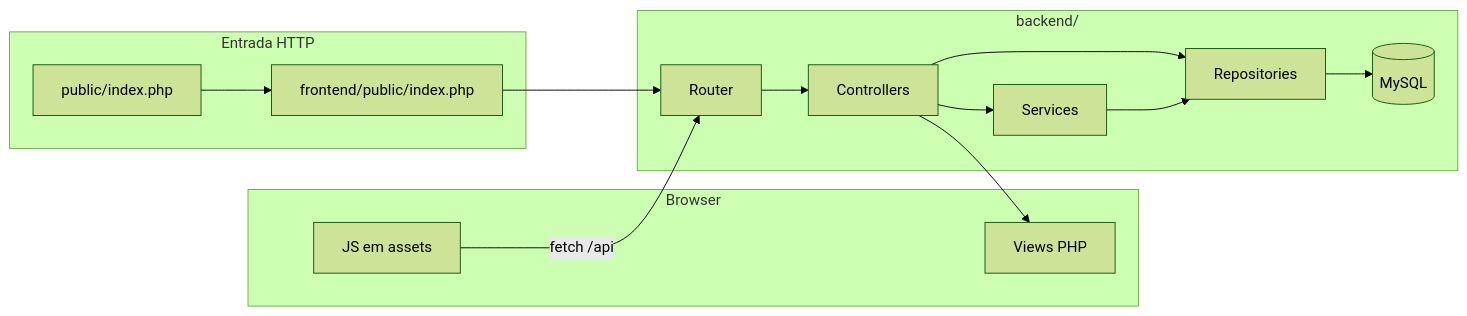
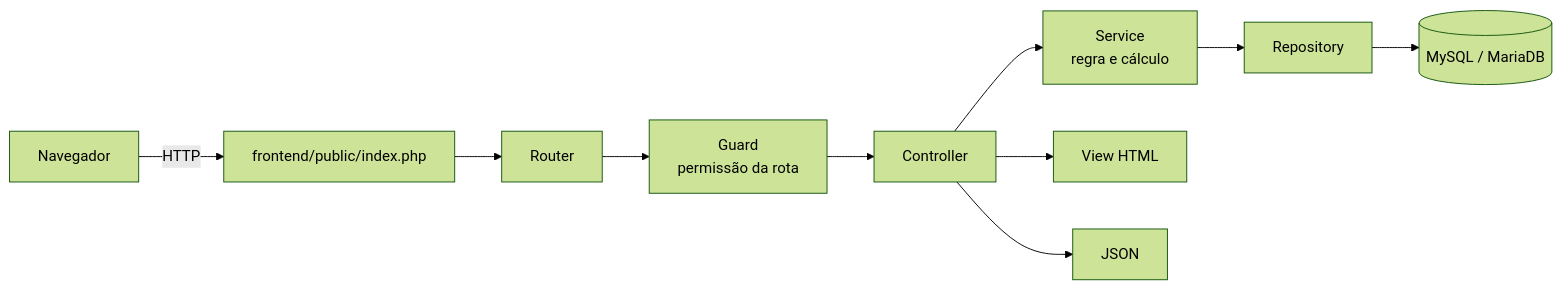
One commit to silvaGabee/plataform_stores changed the diagram in README.md. Above: the diagram before and after it, drawn with Mermaid (forest theme). The commit also changed other lines of this file and 27 other files, not shown here.

````diff
--- a/README.md
+++ b/README.md
@@ -45,27 +43,12 @@
 ```mermaid
 flowchart LR
-  subgraph web [Browser]
-    HTML[Views PHP]
-    JS[JS em assets]
-  end
-  subgraph entry [Entrada HTTP]
-    P[public/index.php]
-    F[frontend/public/index.php]
-  end
-  subgraph backend [backend/]
-    R[Router]
-    C[Controllers]
-    S[Services]
-    REP[Repositories]
-    DB[(MySQL)]
-  end
-  P --> F
-  F --> R
-  R --> C
-  C --> S
-  C --> REP
-  S --> REP
-  REP --> DB
-  C --> HTML
-  JS -->|fetch /api| R
+    A[Navegador] -->|HTTP| B[frontend/public/index.php]
+    B --> C[Router]
+    C --> D[Guard<br/>permissão da rota]
+    D --> E[Controller]
+    E --> F[Service<br/>regra e cálculo]
+    F --> G[Repository]
+    G --> H[(MySQL / MariaDB)]
+    E --> I[View HTML]
+    E --> J[JSON]
 ```
````
